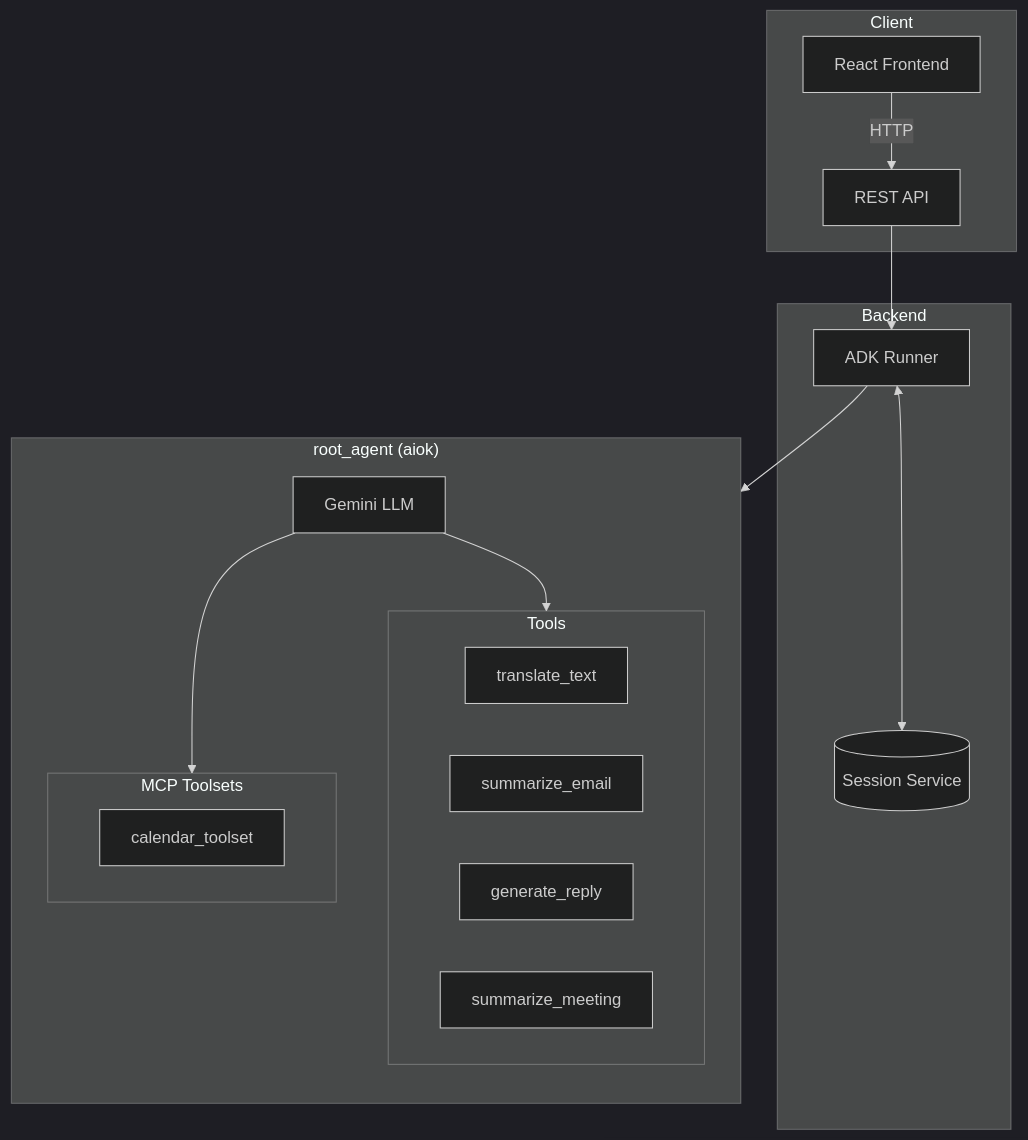
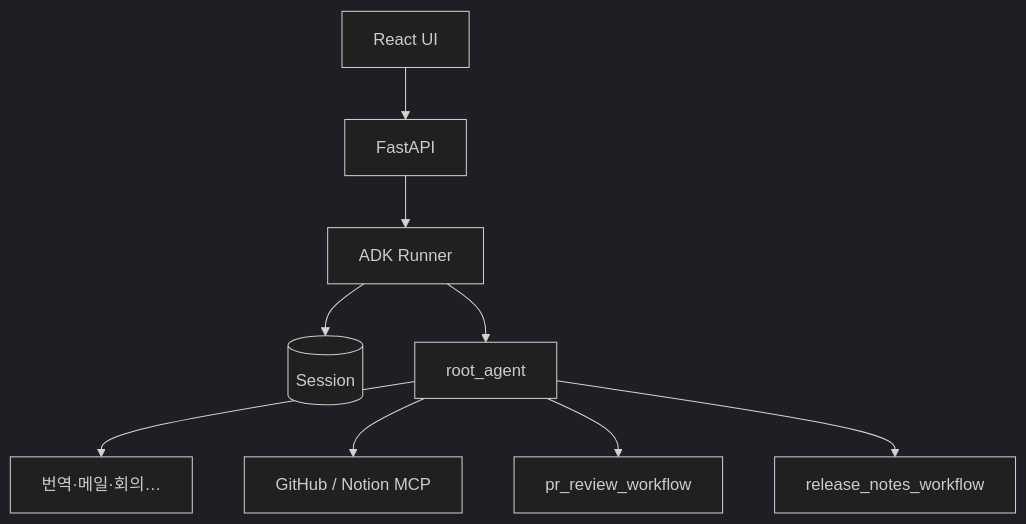
One commit to catherinejo/aiok_first_project changed the diagram in aiok/README.md. Above: the diagram before and after it, drawn with Mermaid (dark theme). The commit also changed other lines of this file and 2 other files, not shown here.

````diff
--- a/aiok/README.md
+++ b/aiok/README.md
@@ -52,35 +85,11 @@
 ```mermaid
 flowchart TB
-    subgraph Client
-        UI[React Frontend]
-        API[REST API]
-    end
-
-    subgraph Backend
-        Runner[ADK Runner]
-        Session[(Session Service)]
-    end
-
-    subgraph Agent["root_agent (aiok)"]
-        direction TB
-        LLM[Gemini LLM]
-
-        subgraph Tools
-            T1[translate_text]
-            T2[summarize_email]
-            T3[generate_reply]
-            T4[summarize_meeting]
-        end
-
-        subgraph MCP["MCP Toolsets"]
-            CAL[calendar_toolset]
-        end
-    end
-
-    UI -->|HTTP| API
-    API --> Runner
-    Runner <--> Session
-    Runner --> LLM
-    LLM --> Tools
-    LLM --> MCP
+    UI[React UI] --> API[FastAPI]
+    API --> RUN[ADK Runner]
+    RUN --> SESS[(Session)]
+    RUN --> ROOT[root_agent]
+    ROOT --> TOOLS[번역·메일·회의…]
+    ROOT --> MCP1[GitHub / Notion MCP]
+    ROOT --> WF1[pr_review_workflow]
+    ROOT --> WF2[release_notes_workflow]
 ```
````
